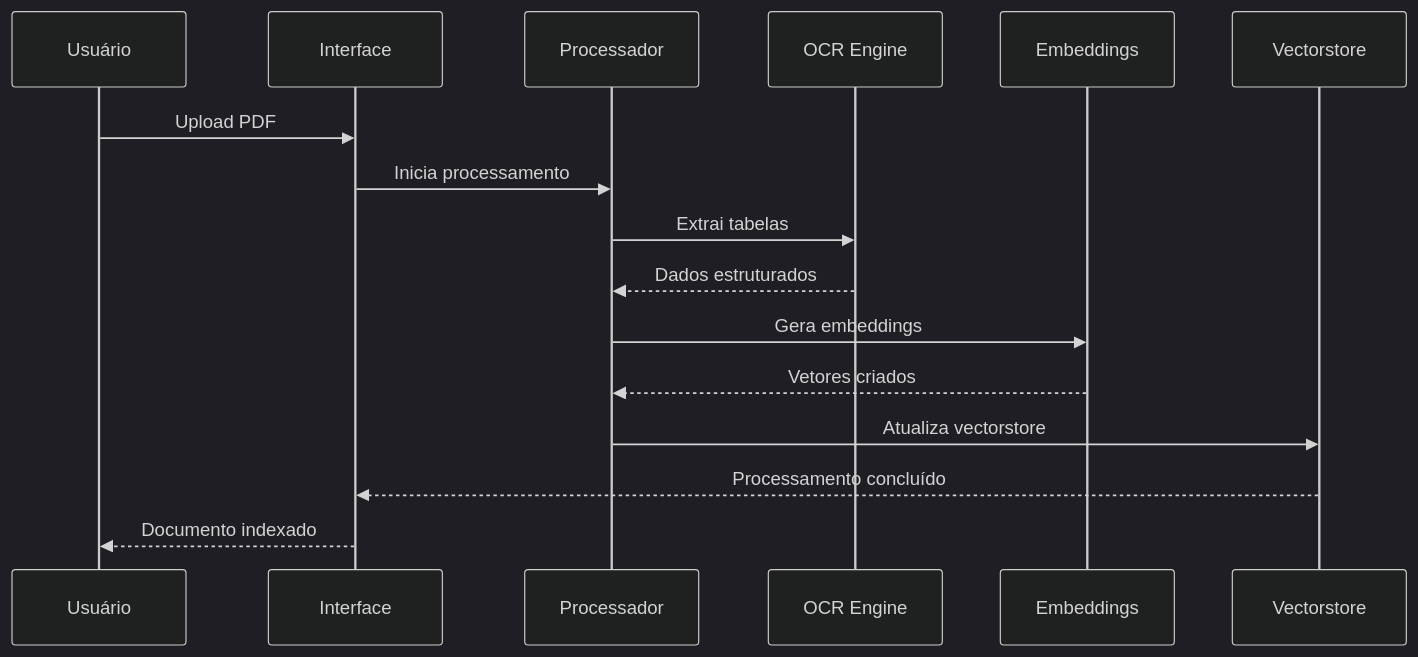
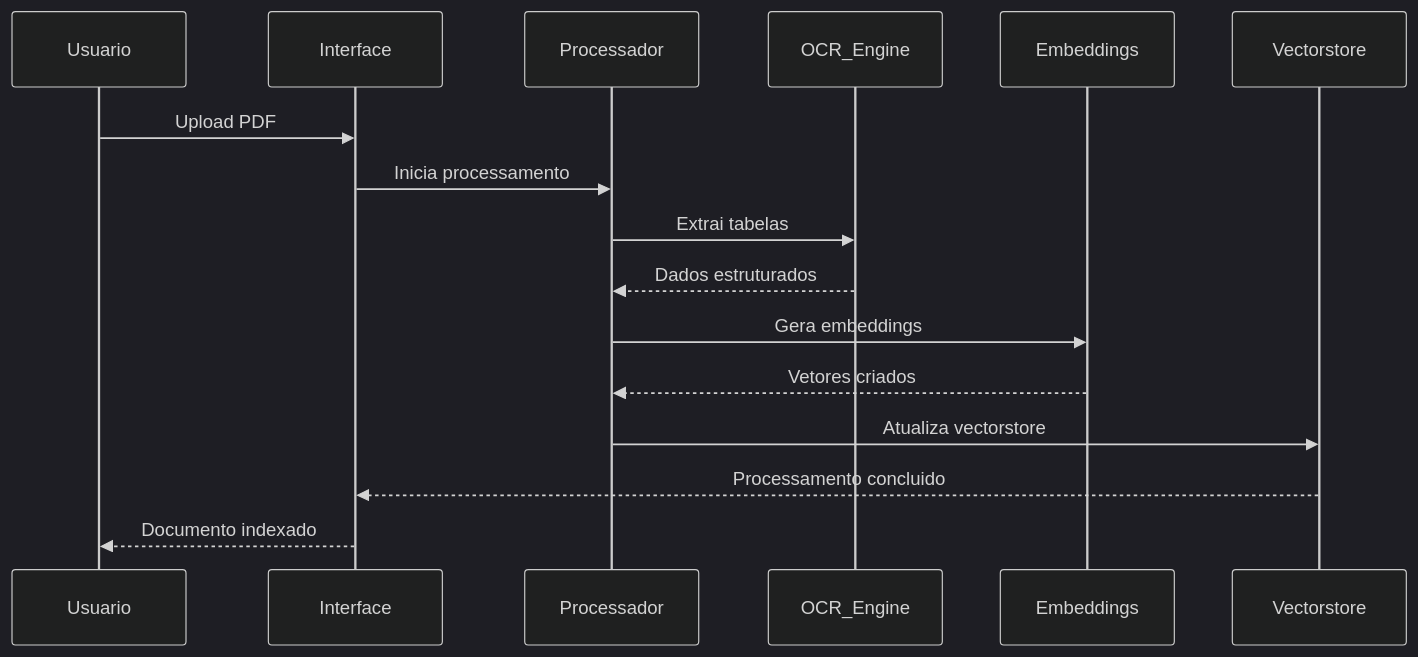
One commit to romulobrito/RAG-ANTT changed the fourth of 5 diagrams in README.md. Above: the diagram before and after it, drawn with Mermaid (dark theme). The commit also changed other lines of this file, not shown here.

Commit message:
Corrigir diagramas Mermaid no README.md - Remover caracteres especiais e padronizar sintaxe para melhor compatibilidade

````diff
--- a/README.md
+++ b/README.md
@@ -212,19 +212,19 @@
 ```mermaid
 sequenceDiagram
-    participant U as Usuário
+    participant U as Usuario
     participant UI as Interface
     participant P as Processador
-    participant OCR as OCR Engine
+    participant OCR as OCR_Engine
     participant E as Embeddings
     participant V as Vectorstore
     
     U->>UI: Upload PDF
     UI->>P: Inicia processamento
     P->>OCR: Extrai tabelas
     OCR-->>P: Dados estruturados
     P->>E: Gera embeddings
     E-->>P: Vetores criados
     P->>V: Atualiza vectorstore
-    V-->>UI: Processamento concluído
+    V-->>UI: Processamento concluido
     UI-->>U: Documento indexado
 ```
````
